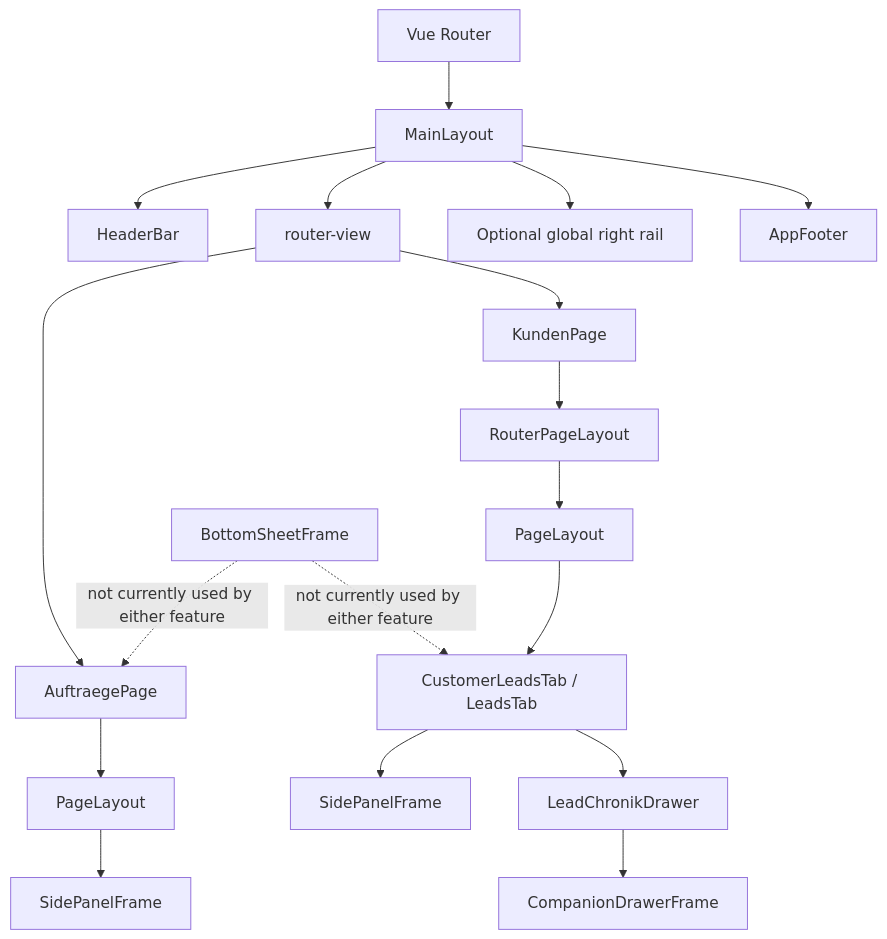
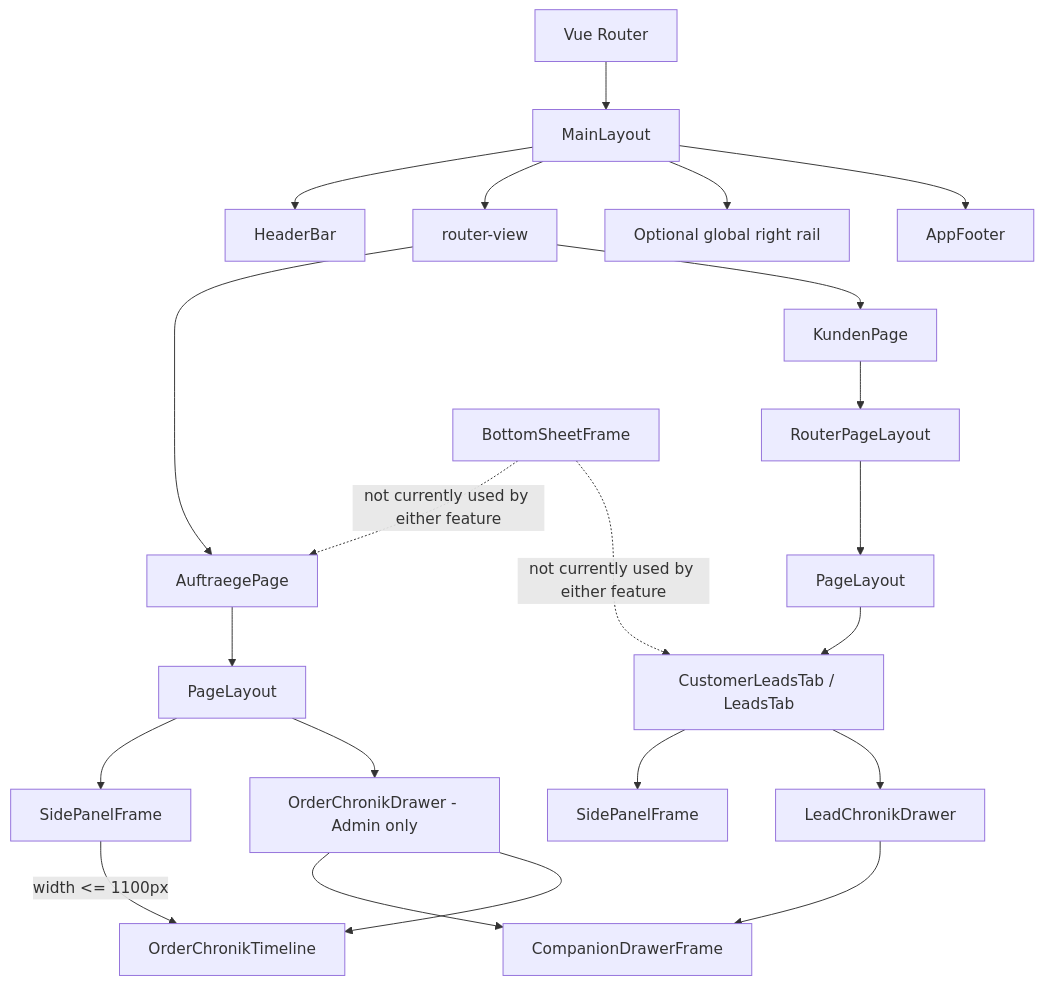
The first of 2 diagrams in Documentation/FRONTEND-LAYOUT-FRAMES.md (Straightforward-IT/straight-monitor), drawn with Mermaid before and after one commit. The commit also changed other lines of this file and 23 other files, not shown here.

````diff
--- a/Documentation/FRONTEND-LAYOUT-FRAMES.md
+++ b/Documentation/FRONTEND-LAYOUT-FRAMES.md
@@ -19,23 +19,27 @@
 ```mermaid
 flowchart TD
     Router[Vue Router] --> Main[MainLayout]
     Main --> Header[HeaderBar]
     Main --> View[router-view]
     Main --> GlobalRail[Optional global right rail]
     Main --> Footer[AppFooter]
 
     View --> Orders[AuftraegePage]
     Orders --> OrdersPage[PageLayout]
     OrdersPage --> OrdersPanel[SidePanelFrame]
+    OrdersPage --> OrderDrawer[OrderChronikDrawer - Admin only]
+    OrderDrawer --> CompanionDrawer[CompanionDrawerFrame]
+    OrderDrawer --> OrderTimeline[OrderChronikTimeline]
+    OrdersPanel -->|width <= 1100px| OrderTimeline
 
     View --> Customers[KundenPage]
     Customers --> RouterPage[RouterPageLayout]
     RouterPage --> LeadsPage[PageLayout]
     LeadsPage --> Leads[CustomerLeadsTab / LeadsTab]
     Leads --> LeadsPanel[SidePanelFrame]
     Leads --> LeadDrawer[LeadChronikDrawer]
     LeadDrawer --> CompanionDrawer[CompanionDrawerFrame]
 
     BottomSheet[BottomSheetFrame] -. not currently used by either feature .-> Orders
     BottomSheet -. not currently used by either feature .-> Leads
 ```
````
